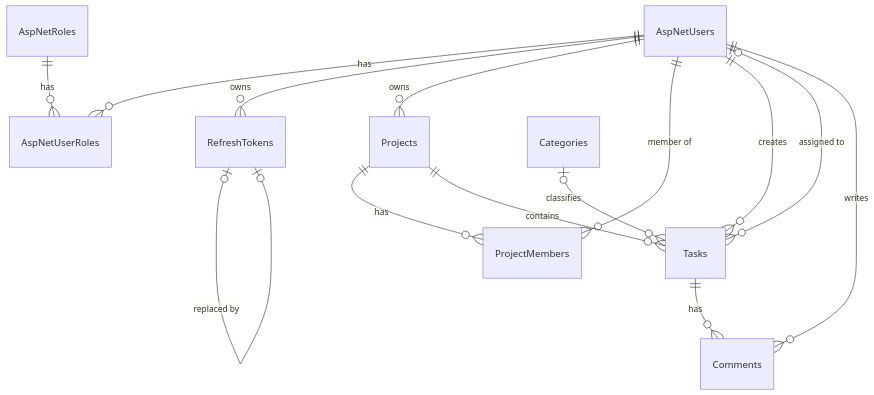
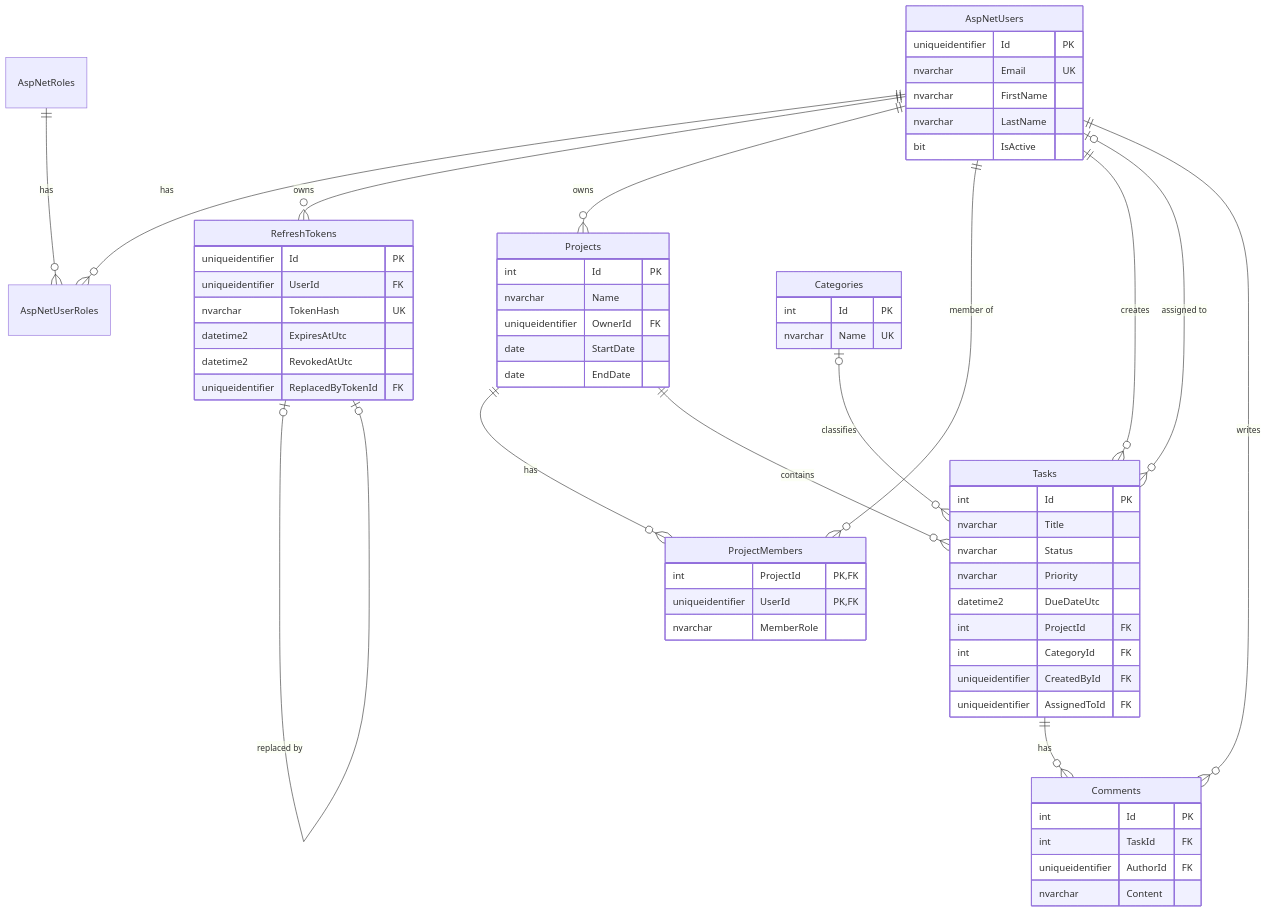
One commit to gauravrawatlabs/01-MonolithicArchitecture-TaskManagementSystem changed the fourth of 4 diagrams in README.md. Above: the diagram before and after it, drawn with Mermaid. The commit also changed other lines of this file and 2 other files, not shown here.

````diff
--- a/README.md
+++ b/README.md
@@ -104,16 +191,65 @@
 ```mermaid
 erDiagram
     AspNetUsers ||--o{ AspNetUserRoles : has
     AspNetRoles ||--o{ AspNetUserRoles : has
     AspNetUsers ||--o{ RefreshTokens : owns
     RefreshTokens |o--o| RefreshTokens : "replaced by"
     AspNetUsers ||--o{ Projects : owns
     Projects ||--o{ ProjectMembers : has
     AspNetUsers ||--o{ ProjectMembers : "member of"
     Projects ||--o{ Tasks : contains
     Categories |o--o{ Tasks : classifies
     AspNetUsers ||--o{ Tasks : creates
     AspNetUsers |o--o{ Tasks : "assigned to"
     Tasks ||--o{ Comments : has
     AspNetUsers ||--o{ Comments : writes
+
+    AspNetUsers {
+        uniqueidentifier Id PK
+        nvarchar Email UK
+        nvarchar FirstName
+        nvarchar LastName
+        bit IsActive
+    }
+    RefreshTokens {
+        uniqueidentifier Id PK
+        uniqueidentifier UserId FK
+        nvarchar TokenHash UK
+        datetime2 ExpiresAtUtc
+        datetime2 RevokedAtUtc
+        uniqueidentifier ReplacedByTokenId FK
+    }
+    Projects {
+        int Id PK
+        nvarchar Name
+        uniqueidentifier OwnerId FK
+        date StartDate
+        date EndDate
+    }
+    ProjectMembers {
+        int ProjectId PK, FK
+        uniqueidentifier UserId PK, FK
+        nvarchar MemberRole
+    }
+    Categories {
+        int Id PK
+        nvarchar Name UK
+    }
+    Tasks {
+        int Id PK
+        nvarchar Title
+        nvarchar Status
+        nvarchar Priority
+        datetime2 DueDateUtc
+        int ProjectId FK
+        int CategoryId FK
+        uniqueidentifier CreatedById FK
+        uniqueidentifier AssignedToId FK
+    }
+    Comments {
+        int Id PK
+        int TaskId FK
+        uniqueidentifier AuthorId FK
+        nvarchar Content
+    }
 ```
````
